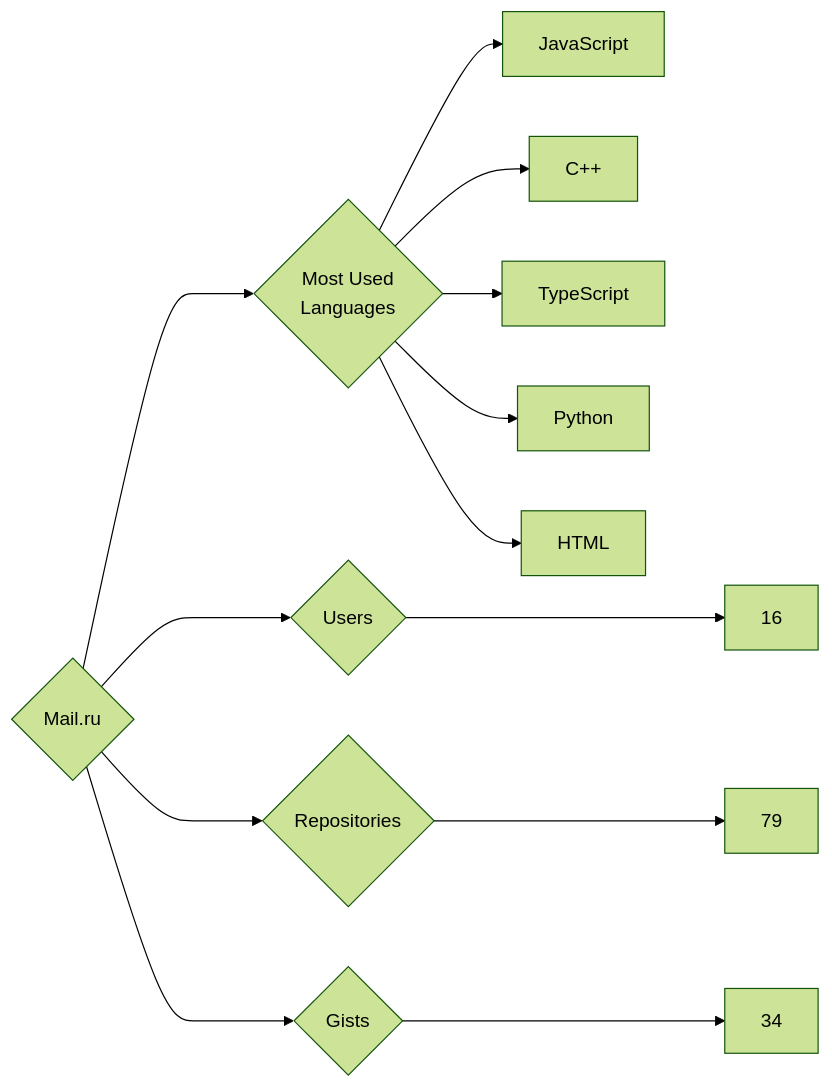
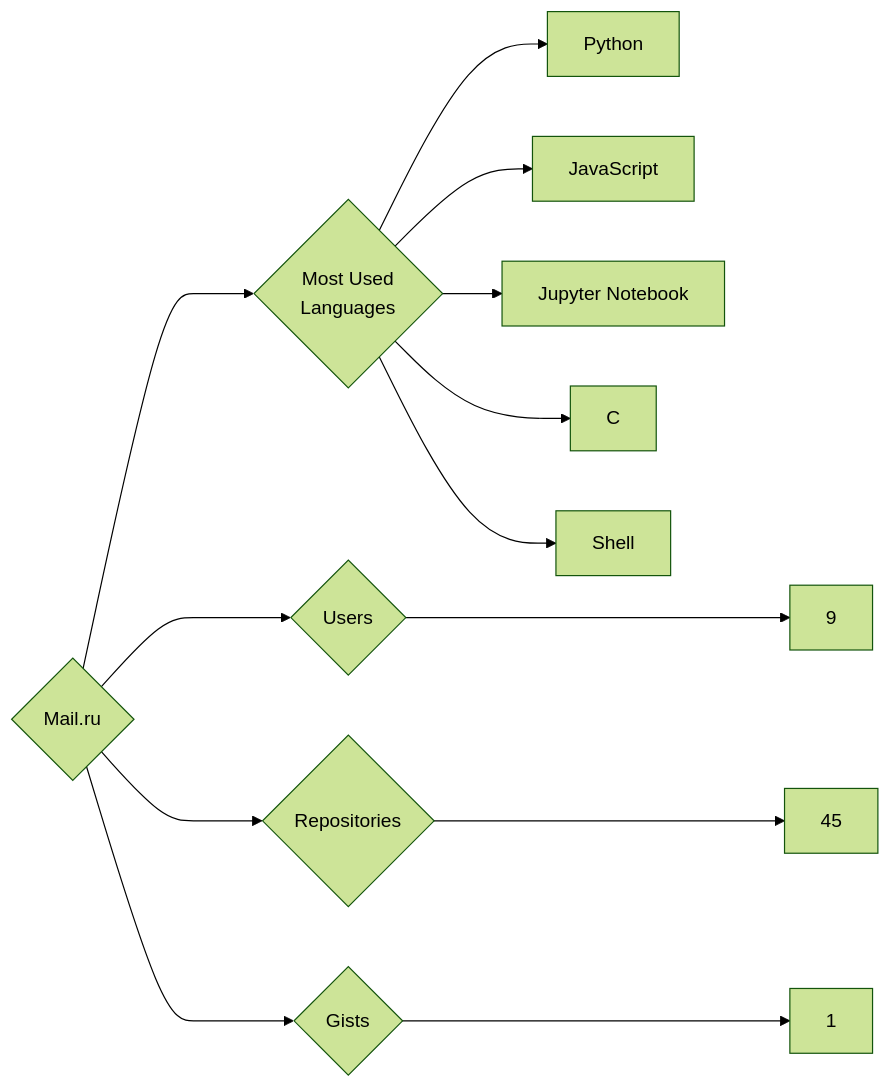
The diagram in targets/Mail.ru/README.md (trickest/insiders), drawn with Mermaid (forest theme) before and after one commit. The commit also changed 752 other files, not shown here.

````diff
--- a/targets/Mail.ru/README.md
+++ b/targets/Mail.ru/README.md
@@ -3,13 +3,13 @@
 ```mermaid
 graph LR
 COMPANY_NAME{Mail.ru}
-COMPANY_NAME ---> U{Users} ---> UN[16]
-COMPANY_NAME ---> R{Repositories} ---> RN[79]
-COMPANY_NAME ---> G{Gists} ---> GN[34]
+COMPANY_NAME ---> U{Users} ---> UN[9]
+COMPANY_NAME ---> R{Repositories} ---> RN[45]
+COMPANY_NAME ---> G{Gists} ---> GN[1]
 COMPANY_NAME ---> ML{Most Used<br>Languages}
+ML --> Python[Python]
 ML --> JavaScript[JavaScript]
-ML --> C++[C++]
-ML --> TypeScript[TypeScript]
-ML --> Python[Python]
-ML --> HTML[HTML]
+ML --> Jupyter_Notebook[Jupyter Notebook]
+ML --> C[C]
+ML --> Shell[Shell]
 ```
````
